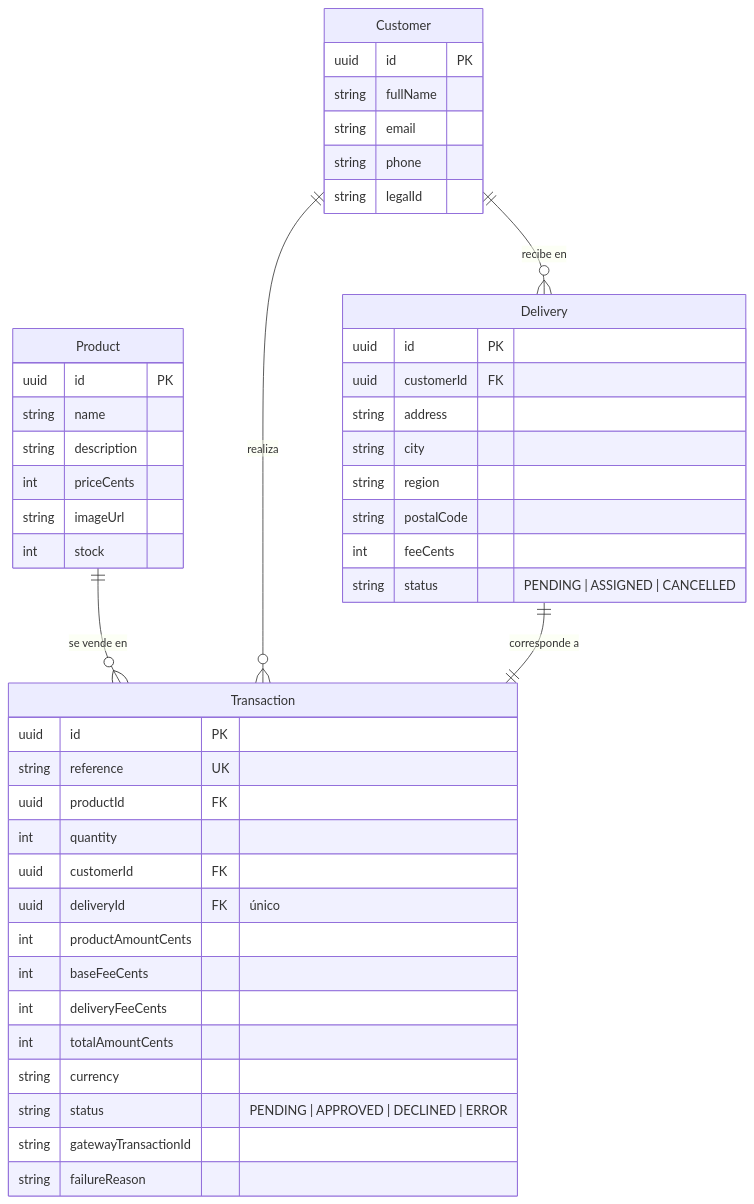
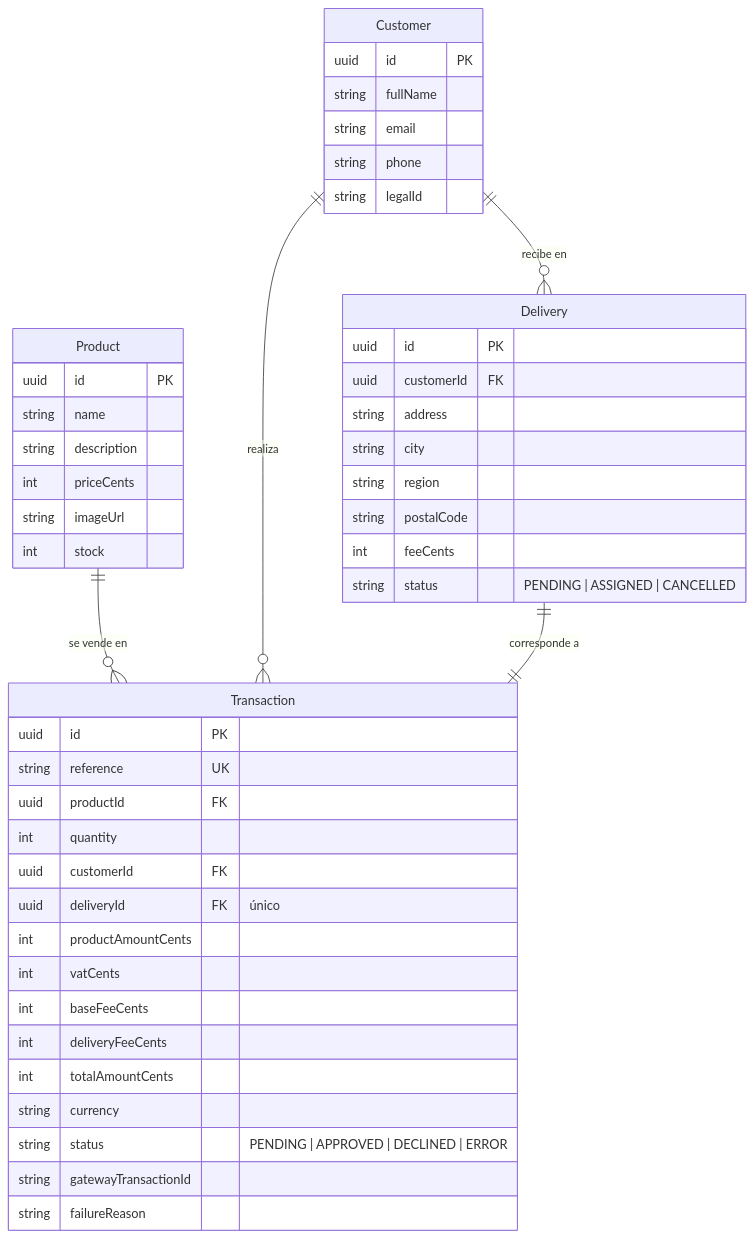
One commit to NotJuanSe/Card-Checkout-Onboarding changed the diagram in README.md. Above: the diagram before and after it, drawn with Mermaid. The commit also changed other lines of this file and 5 other files, not shown here.

````diff
--- a/README.md
+++ b/README.md
@@ -105,49 +105,50 @@
 ```mermaid
 erDiagram
     Product ||--o{ Transaction : "se vende en"
     Customer ||--o{ Transaction : "realiza"
     Customer ||--o{ Delivery : "recibe en"
     Delivery ||--|| Transaction : "corresponde a"
 
     Product {
         uuid   id PK
         string name
         string description
         int    priceCents
         string imageUrl
         int    stock
     }
     Customer {
         uuid   id PK
         string fullName
         string email
         string phone
         string legalId
     }
     Delivery {
         uuid   id PK
         uuid   customerId FK
         string address
         string city
         string region
         string postalCode
         int    feeCents
         string status "PENDING | ASSIGNED | CANCELLED"
     }
     Transaction {
         uuid   id PK
         string reference UK
         uuid   productId FK
         int    quantity
         uuid   customerId FK
         uuid   deliveryId FK "único"
         int    productAmountCents
+        int    vatCents
         int    baseFeeCents
         int    deliveryFeeCents
         int    totalAmountCents
         string currency
         string status "PENDING | APPROVED | DECLINED | ERROR"
         string gatewayTransactionId
         string failureReason
     }
 ```
````
